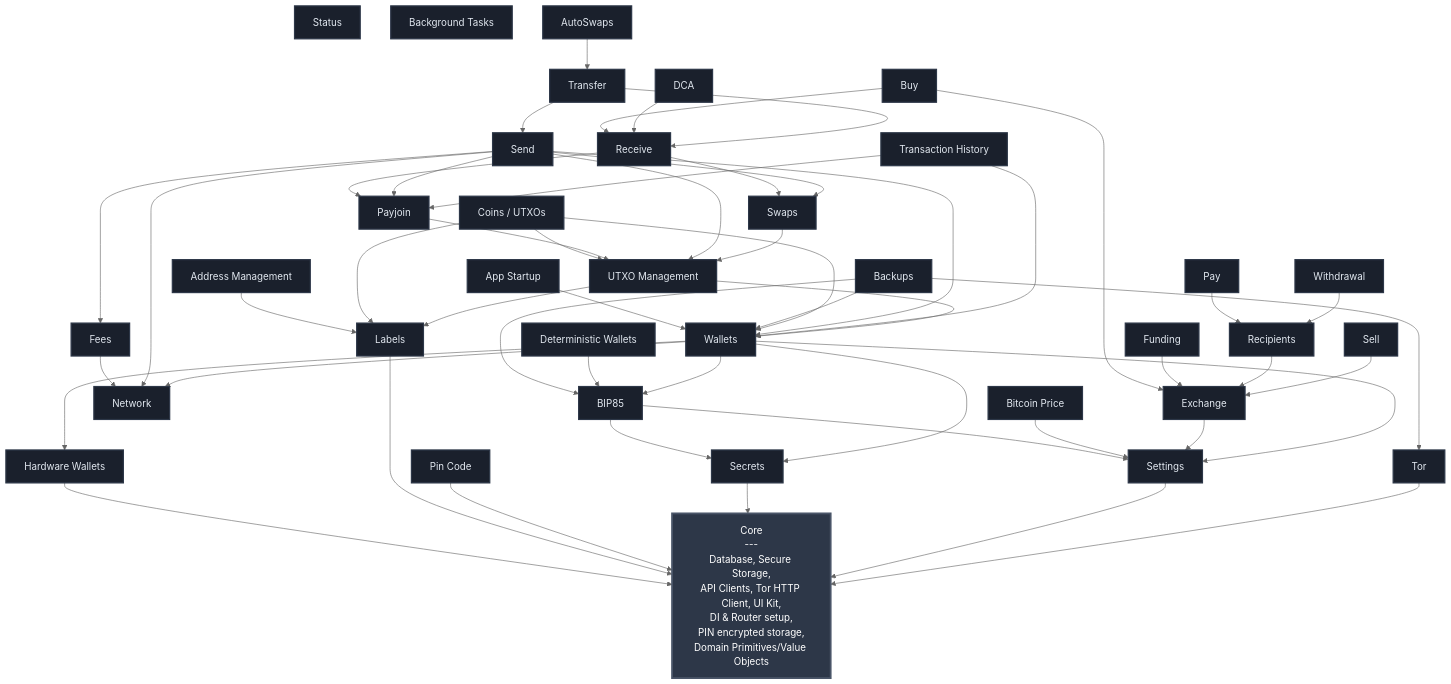
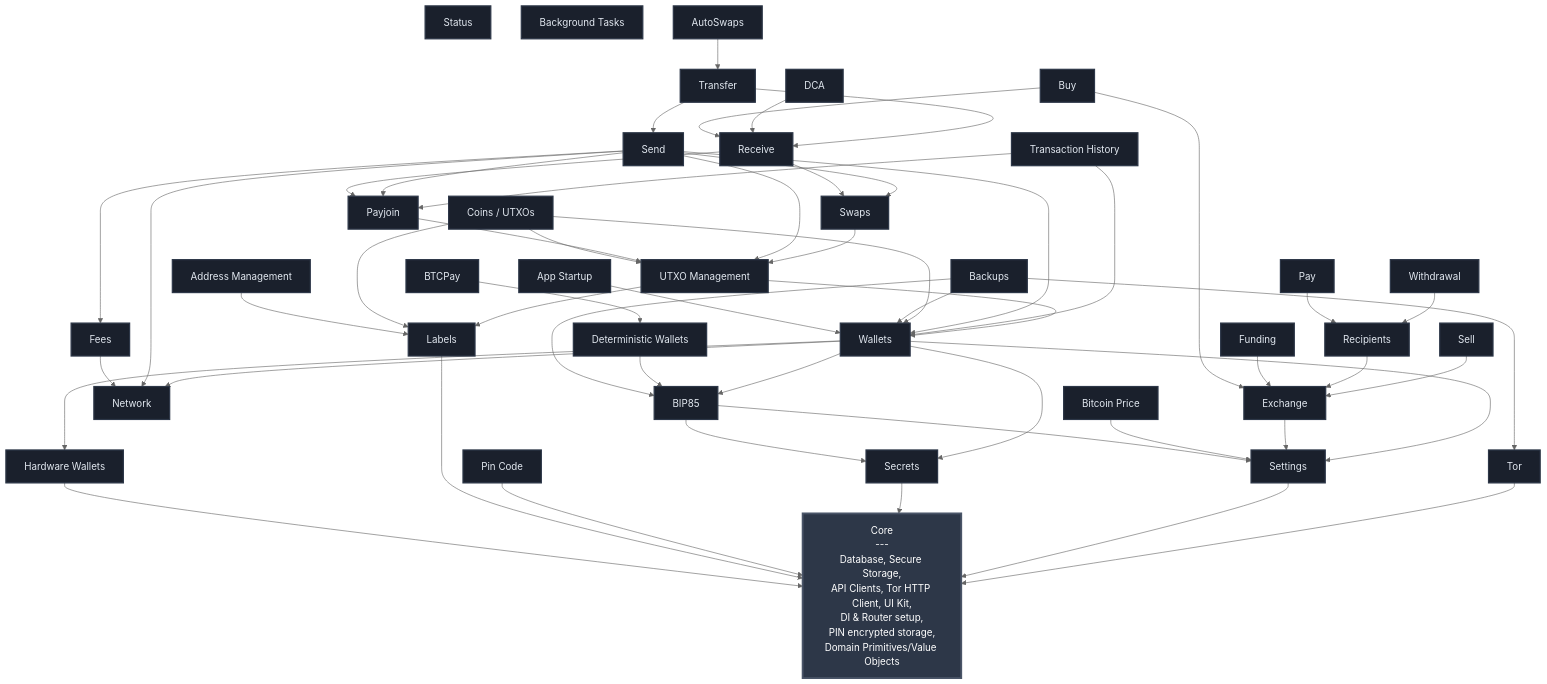
One commit to BullishNode/bullbitcoin-mobile changed the diagram in FEATURES.md. Above: the diagram before and after it, drawn with Mermaid (neutral theme). The commit also changed 16 other files, not shown here.

First line of the commit message:
feat(btcpay): pair samrock with deterministic wallets

````diff
--- a/FEATURES.md
+++ b/FEATURES.md
@@ -19,6 +19,7 @@
     SECRETS[Secrets]
     HW_WALLETS[Hardware Wallets]
     BTC_PRICE[Bitcoin Price]
+    BTCPAY[BTCPay]
     DETERMINISTIC_WALLETS[Deterministic Wallets]
     NETWORK[Network]
     BIP85[BIP85]
@@ -60,6 +61,7 @@
     BACKUPS --> TOR
     BACKUPS --> WALLETS
     BTC_PRICE --> SETTINGS
+    BTCPAY --> DETERMINISTIC_WALLETS
     DETERMINISTIC_WALLETS --> BIP85
     BUY --> EXCHANGE
     BUY --> RECEIVE
@@ -107,5 +109,5 @@
     classDef featureStyle fill:#1a202c,stroke:#2d3748,stroke-width:2px,color:#e2e8f0
 
     class CORE coreStyle
-    class SETTINGS,TOR,PIN_CODE,LABELS,SECRETS,HW_WALLETS,BTC_PRICE,DETERMINISTIC_WALLETS,NETWORK,BIP85,FEES,WALLETS,EXCHANGE,APP_STARTUP,UTXO_MGMT,ADDRESS_MGMT,RECIPIENTS,FUNDING,BACKUPS,SWAPS,PAYJOIN,WITHDRAWAL,STATUS,SEND,RECEIVE,TRANSFER,TX_HISTORY,BG_TASKS,AUTOSWAPS,DCA,SELL,PAY,BUY,COINS featureStyle
+    class SETTINGS,TOR,PIN_CODE,LABELS,SECRETS,HW_WALLETS,BTC_PRICE,BTCPAY,DETERMINISTIC_WALLETS,NETWORK,BIP85,FEES,WALLETS,EXCHANGE,APP_STARTUP,UTXO_MGMT,ADDRESS_MGMT,RECIPIENTS,FUNDING,BACKUPS,SWAPS,PAYJOIN,WITHDRAWAL,STATUS,SEND,RECEIVE,TRANSFER,TX_HISTORY,BG_TASKS,AUTOSWAPS,DCA,SELL,PAY,BUY,COINS featureStyle
 ```
````
